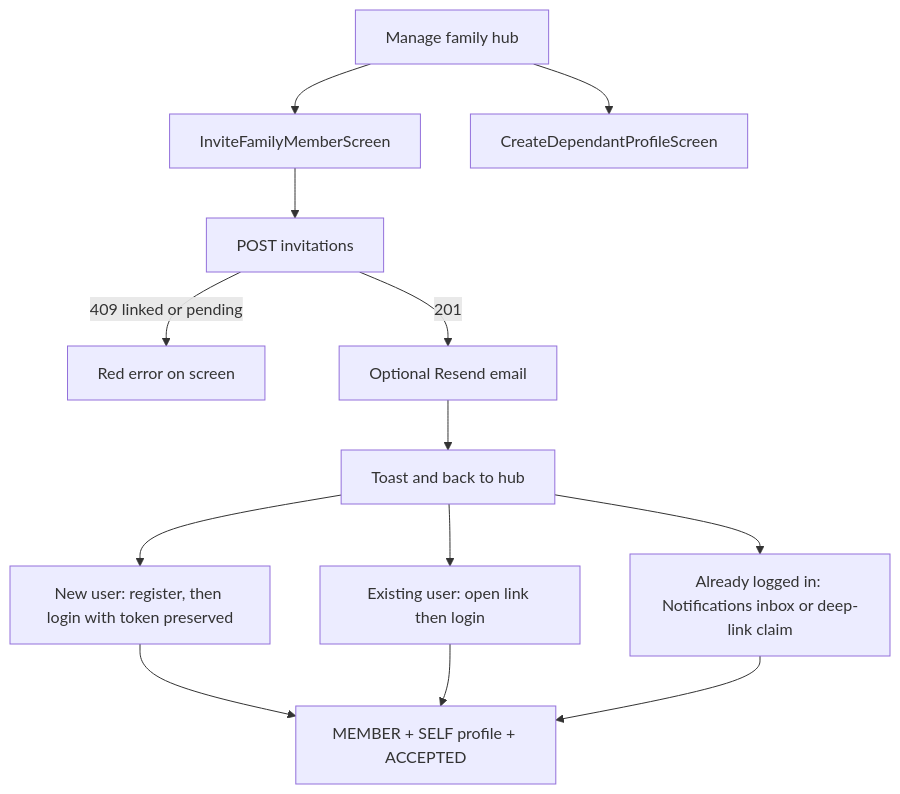
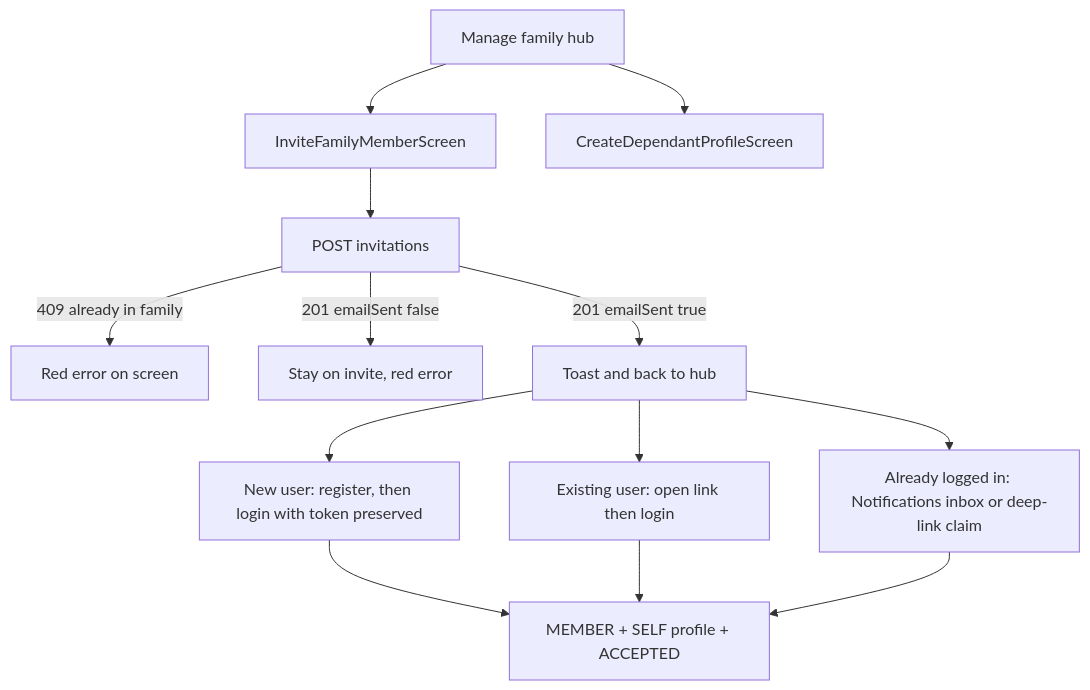
One commit to CanMakan-Team/CanMakan changed the diagram in client/mobile/app/src/main/java/sg/edu/nus/iss/canmakan/features/family/README.md. Above: the diagram before and after it, drawn with Mermaid. The commit also changed other lines of this file and 9 other files, not shown here.

Commit message:
CMK-8 UC9 complete + harden send invite flow + UI updates

````diff
--- a/client/mobile/app/src/main/java/sg/edu/nus/iss/canmakan/features/family/README.md
+++ b/client/mobile/app/src/main/java/sg/edu/nus/iss/canmakan/features/family/README.md
@@ -46,15 +47,15 @@
 ```mermaid
 flowchart TD
   Hub[Manage family hub] --> Invite[InviteFamilyMemberScreen]
   Hub --> Dependant[CreateDependantProfileScreen]
   Invite --> Post[POST invitations]
-  Post -->|409 linked or pending| Err[Red error on screen]
-  Post -->|201| Email[Optional Resend email]
-  Email --> Done[Toast and back to hub]
-  Done --> PathA[New user: register, then login with token preserved]
-  Done --> PathB[Existing user: open link then login]
-  Done --> PathC[Already logged in: Notifications inbox or deep-link claim]
+  Post -->|409 already in family| Err[Red error on screen]
+  Post -->|201 emailSent false| Stay[Stay on invite, red error]
+  Post -->|201 emailSent true| Email[Toast and back to hub]
+  Email --> PathA[New user: register, then login with token preserved]
+  Email --> PathB[Existing user: open link then login]
+  Email --> PathC[Already logged in: Notifications inbox or deep-link claim]
   PathA --> Join[MEMBER + SELF profile + ACCEPTED]
   PathB --> Join
   PathC --> Join
 ```
````
